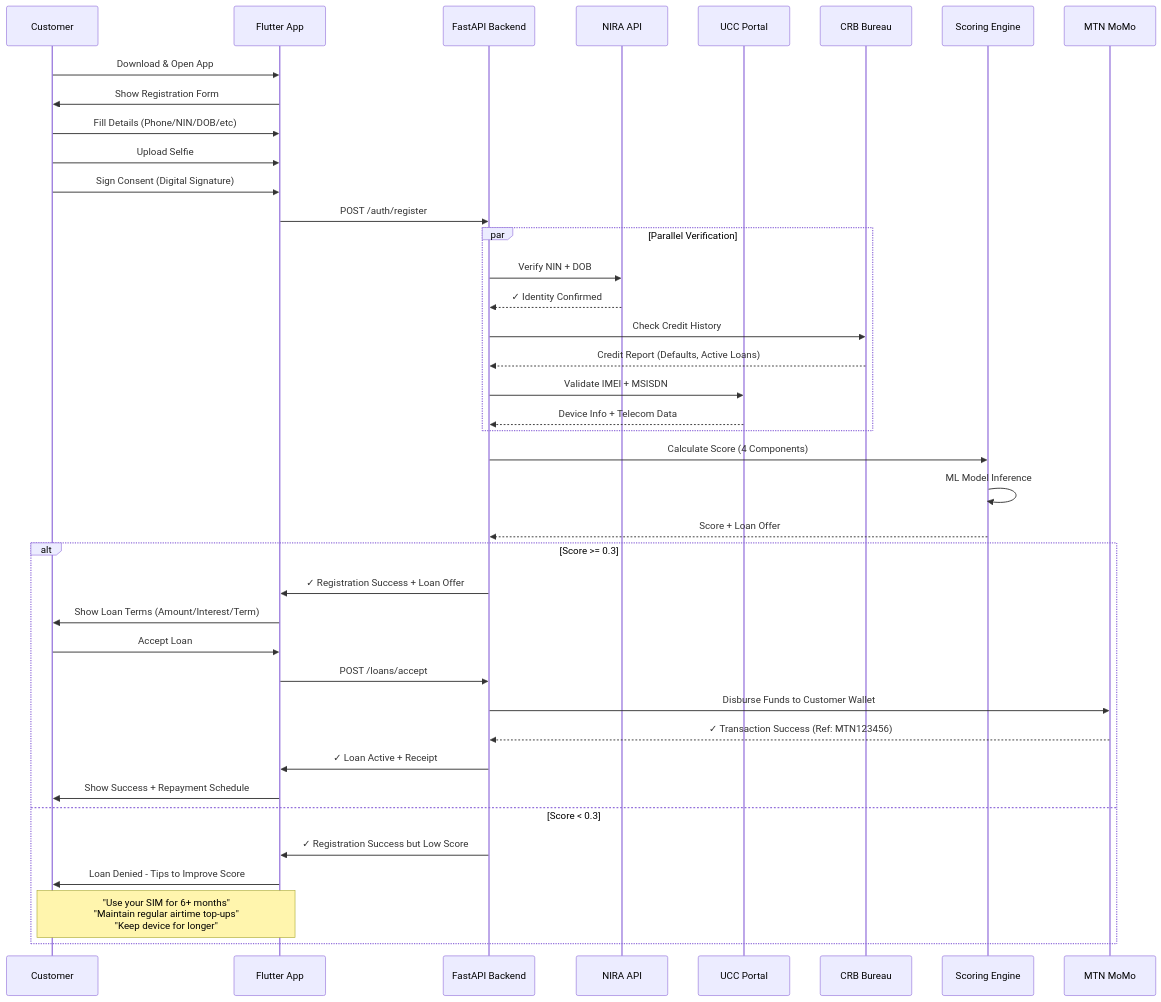
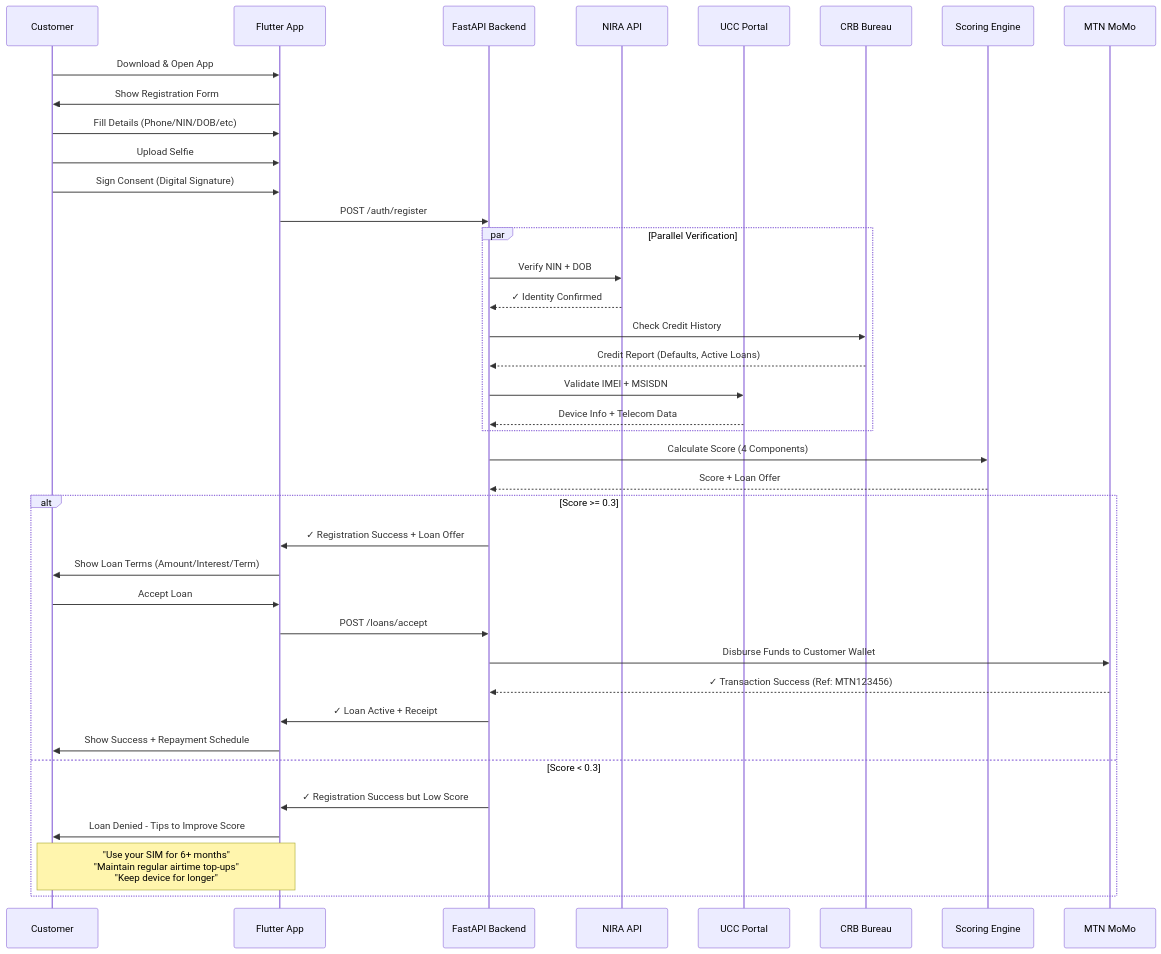
One commit to OkelloEmtech/LOAN-NEXT_GEN-SYSTEM changed the diagram in README.md. Above: the diagram before and after it, drawn with Mermaid.

````diff
--- a/README.md
+++ b/README.md
@@ -368,54 +368,54 @@
 ```mermaid
 sequenceDiagram
     participant C as Customer
     participant App as Flutter App
     participant API as FastAPI Backend
     participant NIRA as NIRA API
     participant UCC as UCC Portal
     participant CRB as CRB Bureau
     participant Scoring as Scoring Engine
     participant MoMo as MTN MoMo
 
     C->>App: Download & Open App
     App->>C: Show Registration Form
 
     C->>App: Fill Details (Phone/NIN/DOB/etc)
     C->>App: Upload Selfie
     C->>App: Sign Consent (Digital Signature)
 
     App->>API: POST /auth/register
 
     par Parallel Verification
         API->>NIRA: Verify NIN + DOB
         NIRA-->>API: ✓ Identity Confirmed
 
         API->>CRB: Check Credit History
         CRB-->>API: Credit Report (Defaults, Active Loans)
 
         API->>UCC: Validate IMEI + MSISDN
         UCC-->>API: Device Info + Telecom Data
     end
 
     API->>Scoring: Calculate Score (4 Components)
-    Scoring->>Scoring: ML Model Inference
+
     Scoring-->>API: Score + Loan Offer
 
     alt Score >= 0.3
         API->>App: ✓ Registration Success + Loan Offer
         App->>C: Show Loan Terms (Amount/Interest/Term)
 
         C->>App: Accept Loan
         App->>API: POST /loans/accept
 
         API->>MoMo: Disburse Funds to Customer Wallet
         MoMo-->>API: ✓ Transaction Success (Ref: MTN123456)
 
         API->>App: ✓ Loan Active + Receipt
         App->>C: Show Success + Repayment Schedule
 
     else Score < 0.3
         API->>App: ✓ Registration Success but Low Score
         App->>C:  Loan Denied - Tips to Improve Score
         Note over App,C: "Use your SIM for 6+ months"<br/>"Maintain regular airtime top-ups"<br/>"Keep device for longer"
     end
 ```
````
